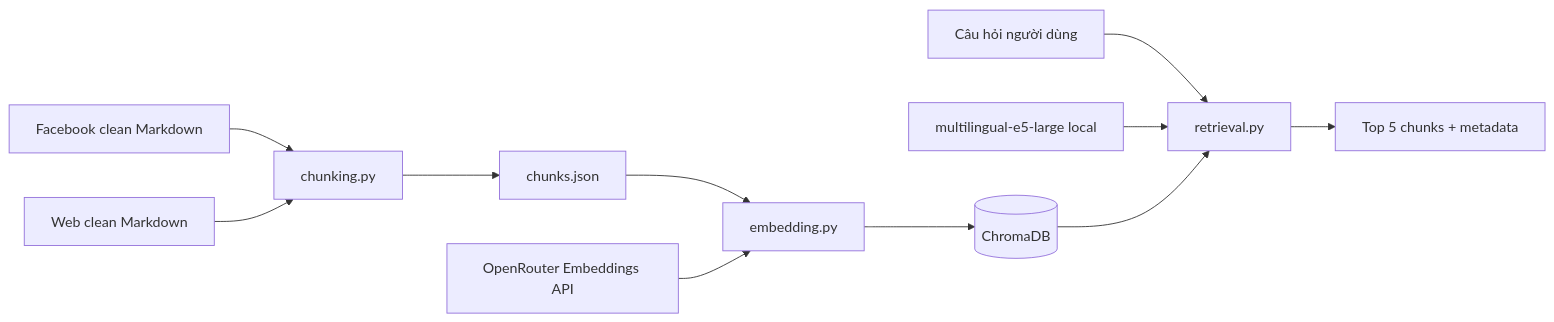
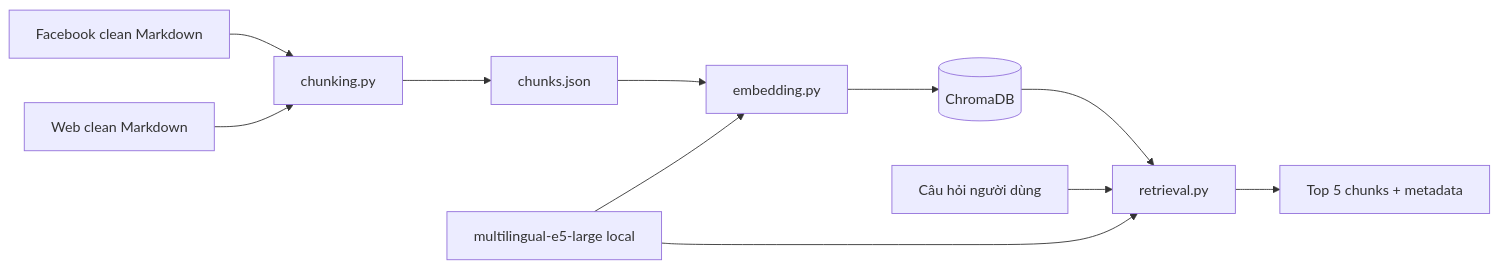
Before and after one commit to dDxCg/K3-hackathon-VGO-E402: the diagram in docs/rag-system.md, drawn with Mermaid. The commit also changed other lines of this file and 37 other files, not shown here.

````diff
--- a/docs/rag-system.md
+++ b/docs/rag-system.md
@@ -7,13 +7,13 @@
 ```mermaid
 flowchart LR
     A[Facebook clean Markdown] --> C[chunking.py]
     B[Web clean Markdown] --> C
     C --> D[chunks.json]
     D --> E[embedding.py]
-    F[OpenRouter Embeddings API] --> E
+    F[multilingual-e5-large local] --> E
     E --> G[(ChromaDB)]
     H[Câu hỏi người dùng] --> I[retrieval.py]
-    L[multilingual-e5-large local] --> I
+    F --> I
     G --> I
     I --> J[Top 5 chunks + metadata]
 ```
````
